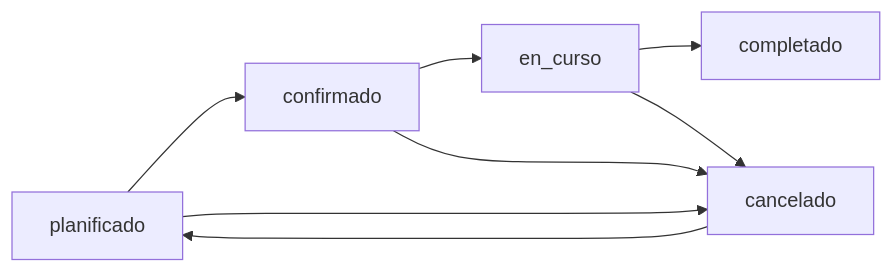
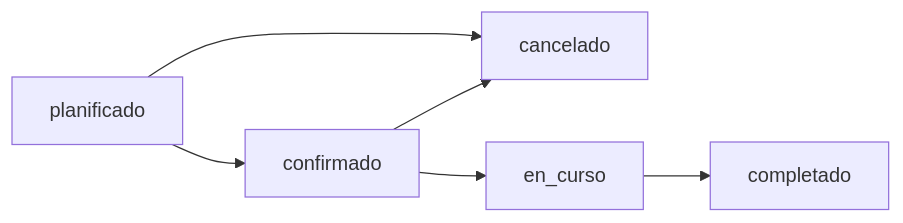
Before and after one commit to mg15best/impulsa-lov: the third of 5 diagrams in docs/ESTADOS_TRANSICIONES.md, drawn with Mermaid. The commit also changed other lines of this file and 1 other file, not shown here.

````diff
--- a/docs/ESTADOS_TRANSICIONES.md
+++ b/docs/ESTADOS_TRANSICIONES.md
@@ -137,10 +145,8 @@
 ```mermaid
 graph LR
     A[planificado] --> B[confirmado]
+    A[planificado] --> E[cancelado]
     B --> C[en_curso]
+    B --> E[cancelado]
     C --> D[completado]
-    A --> E[cancelado]
-    B --> E[cancelado]
-    C --> E[cancelado]
-    E --> A[planificado]
 ```
````
